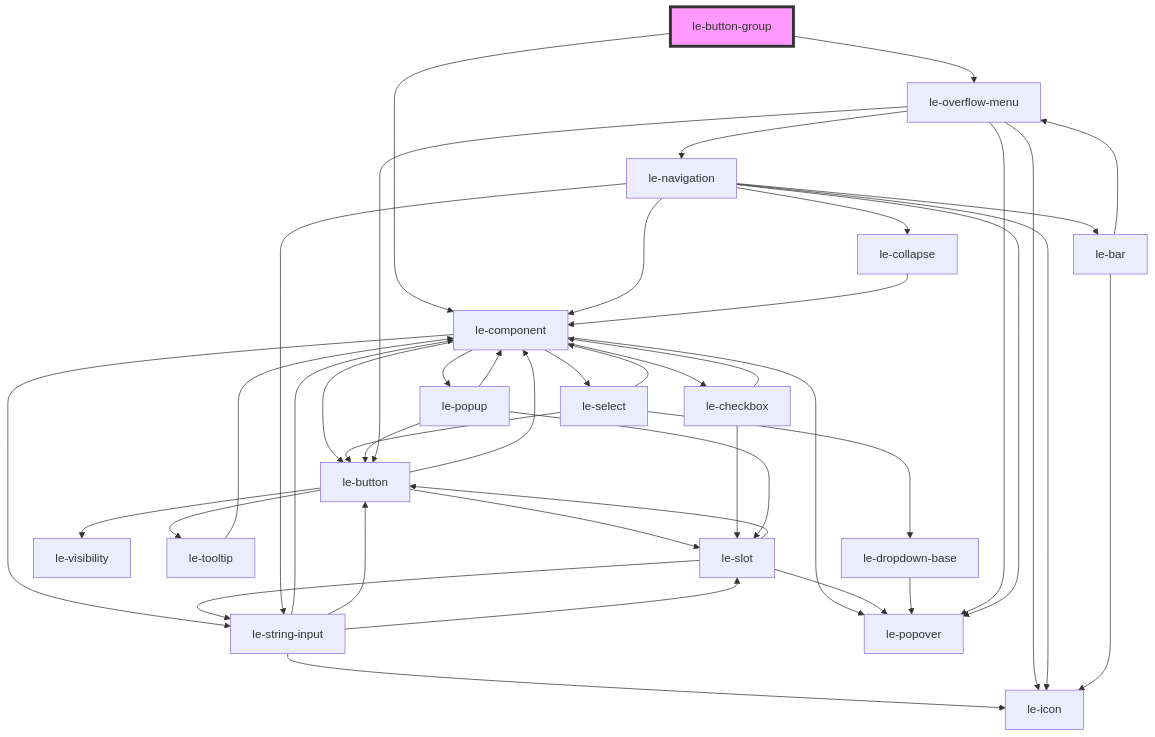
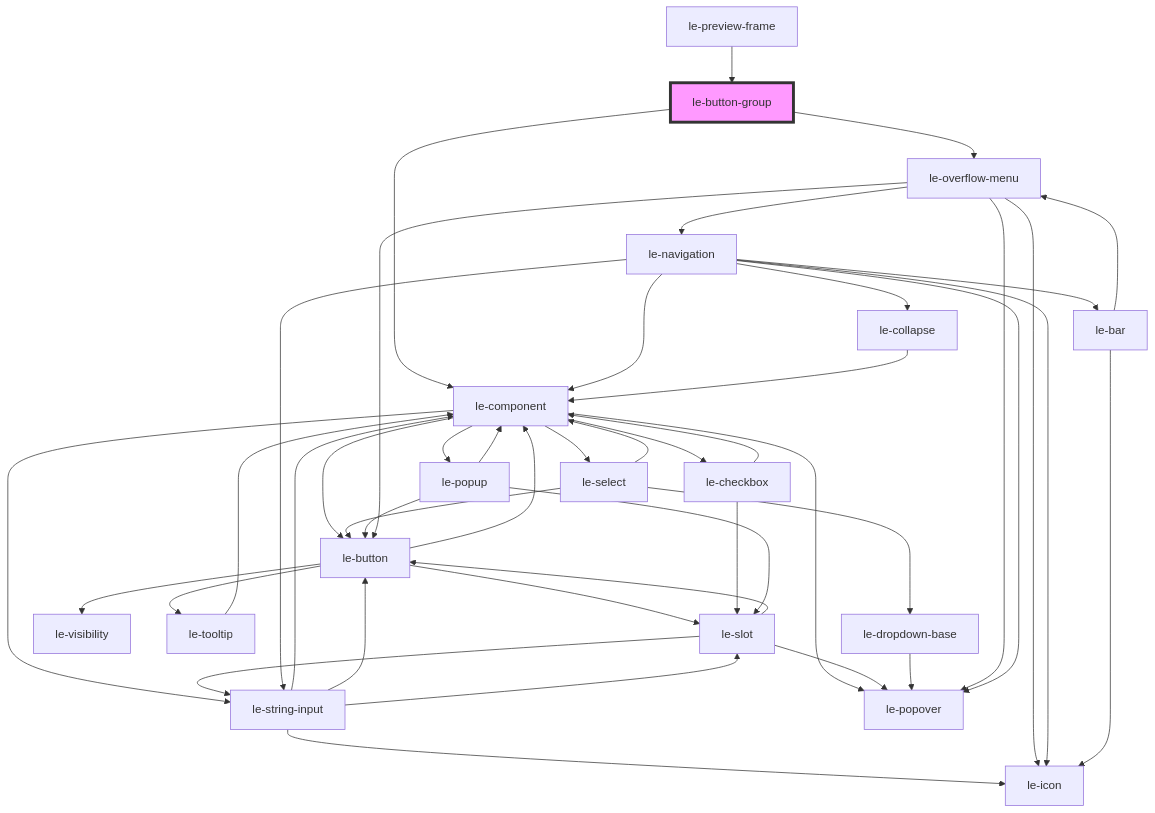
The diagram in packages/core/src/components/le-button-group/readme.md (leechy/le-kit), drawn with Mermaid before and after one commit. The commit also changed other lines of this file and 14 other files, not shown here.

Commit message:
WIP: Add experimantal <le-toolbar> that follows the animation principles from <le-button-group>

````diff
--- a/packages/core/src/components/le-button-group/readme.md
+++ b/packages/core/src/components/le-button-group/readme.md
@@ -51,46 +56,47 @@
 ```mermaid
 graph TD;
   le-button-group --> le-component
   le-button-group --> le-overflow-menu
   le-component --> le-button
   le-component --> le-select
   le-component --> le-checkbox
   le-component --> le-string-input
   le-component --> le-popover
   le-component --> le-popup
   le-button --> le-slot
   le-button --> le-visibility
   le-button --> le-component
   le-button --> le-tooltip
   le-slot --> le-popover
   le-slot --> le-button
   le-slot --> le-string-input
   le-string-input --> le-component
   le-string-input --> le-button
   le-string-input --> le-icon
   le-string-input --> le-slot
   le-tooltip --> le-component
   le-select --> le-component
   le-select --> le-dropdown-base
   le-select --> le-button
   le-dropdown-base --> le-popover
   le-checkbox --> le-component
   le-checkbox --> le-slot
   le-popup --> le-slot
   le-popup --> le-button
   le-popup --> le-component
   le-overflow-menu --> le-navigation
   le-overflow-menu --> le-popover
   le-overflow-menu --> le-button
   le-overflow-menu --> le-icon
   le-navigation --> le-string-input
   le-navigation --> le-icon
   le-navigation --> le-collapse
   le-navigation --> le-popover
   le-navigation --> le-bar
   le-navigation --> le-component
   le-collapse --> le-component
   le-bar --> le-icon
   le-bar --> le-overflow-menu
+  le-preview-frame --> le-button-group
   style le-button-group fill:#f9f,stroke:#333,stroke-width:4px
 ```
````
